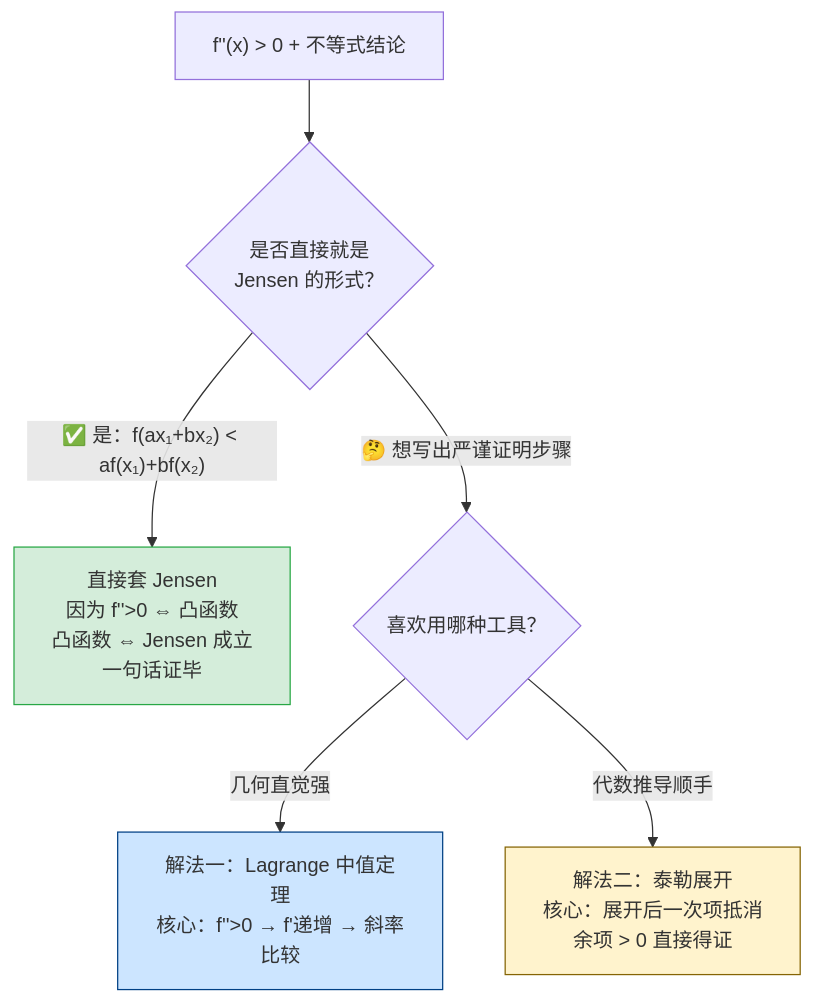
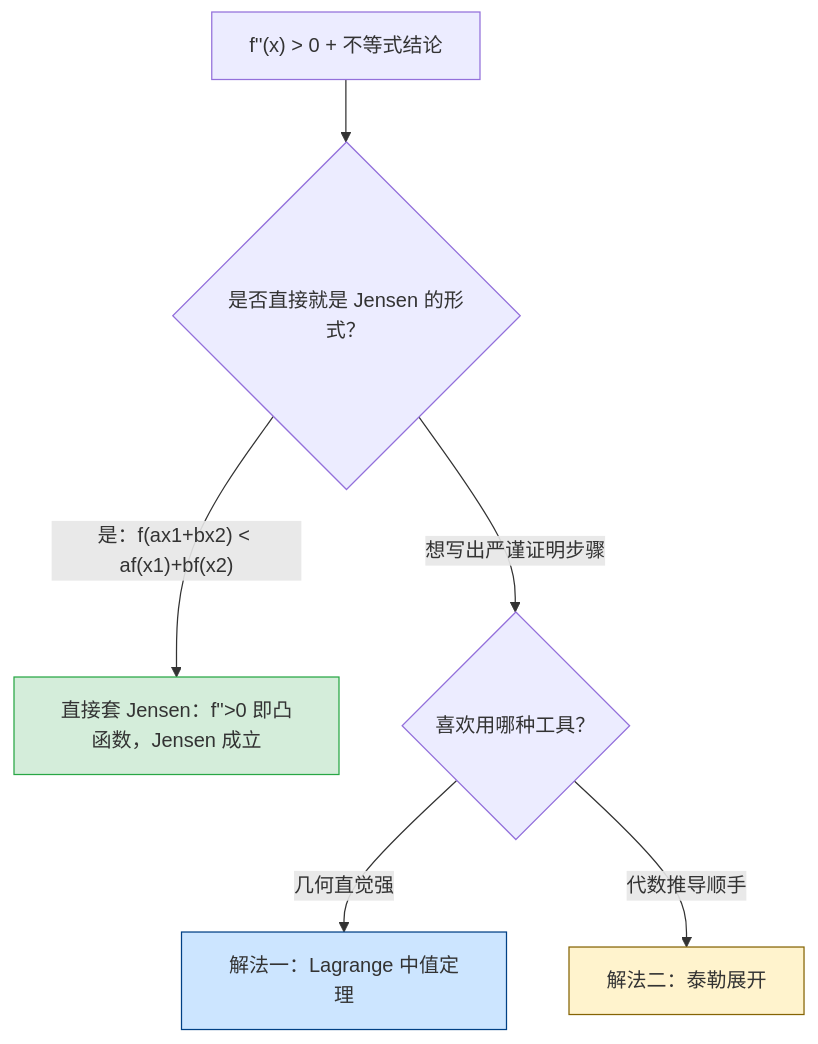
One commit to cylos666/KaoYan changed the diagram in Notes/Math/calculus_inequality.md. Above: the diagram before and after it, drawn with Mermaid. The commit also changed 5 other files, not shown here.

````diff
--- a/Notes/Math/calculus_inequality.md
+++ b/Notes/Math/calculus_inequality.md
@@ -79,11 +79,11 @@
 ```mermaid
 graph TD
-    START["f''(x) &gt; 0 + 不等式结论"] --> Q1{"是否直接就是<br>Jensen 的形式？"}
-    Q1 -->|"✅ 是：f(ax₁+bx₂) &lt; af(x₁)+bf(x₂)"| JENSEN["直接套 Jensen<br>因为 f''&gt;0 ⇔ 凸函数<br>凸函数 ⇔ Jensen 成立<br>一句话证毕"]
-    Q1 -->|"🤔 想写出严谨证明步骤"| Q2{"喜欢用哪种工具？"}
-    Q2 -->|"几何直觉强"| LAGRANGE["解法一：Lagrange 中值定理<br>核心：f''&gt;0 → f'递增 → 斜率比较"]
-    Q2 -->|"代数推导顺手"| TAYLOR["解法二：泰勒展开<br>核心：展开后一次项抵消<br>余项 &gt; 0 直接得证"]
+    START["f''(x) > 0 + 不等式结论"] --> Q1{"是否直接就是 Jensen 的形式？"}
+    Q1 -->|"是：f(ax1+bx2) < af(x1)+bf(x2)"| JENSEN["直接套 Jensen：f''>0 即凸函数，Jensen 成立"]
+    Q1 -->|"想写出严谨证明步骤"| Q2{"喜欢用哪种工具？"}
+    Q2 -->|"几何直觉强"| LAGRANGE["解法一：Lagrange 中值定理"]
+    Q2 -->|"代数推导顺手"| TAYLOR["解法二：泰勒展开"]
     style JENSEN fill:#d4edda,stroke:#28a745
     style LAGRANGE fill:#cce5ff,stroke:#004085
     style TAYLOR fill:#fff3cd,stroke:#856404
 ```
````
